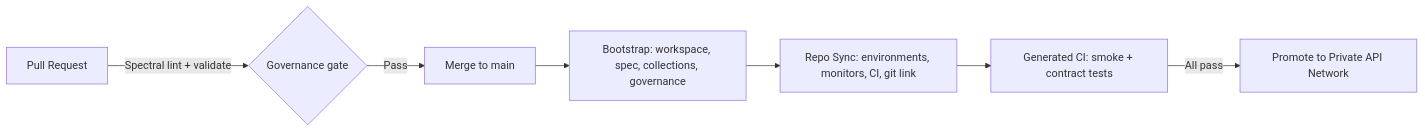
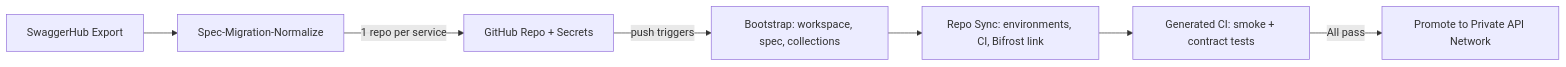
Before and after one commit to shivemind/Cust-LIFE360-pipeline: the second of 3 diagrams in README.md, drawn with Mermaid. The commit also changed other lines of this file and 1 other file, not shown here.

First line of the commit message:
docs: update README with bulk migration pipeline and BUILD_LOG with verified E2E run table

````diff
--- a/README.md
+++ b/README.md
@@ -59,9 +70,9 @@
 ```mermaid
 flowchart LR
-    PR["Pull Request"] -->|Spectral lint + validate| GATE{Governance gate}
-    GATE -->|Pass| MERGE[Merge to main]
-    MERGE --> BOOT["Bootstrap: workspace, spec, collections, governance"]
-    BOOT --> SYNC["Repo Sync: environments, monitors, CI, git link"]
+    EXPORT["SwaggerHub Export"] --> NORM["Spec-Migration-Normalize"]
+    NORM -->|"1 repo per service"| REPO["GitHub Repo + Secrets"]
+    REPO -->|push triggers| BOOT["Bootstrap: workspace, spec, collections"]
+    BOOT --> SYNC["Repo Sync: environments, CI, Bifrost link"]
     SYNC --> CI["Generated CI: smoke + contract tests"]
     CI -->|All pass| PAN["Promote to Private API Network"]
 ```
````
